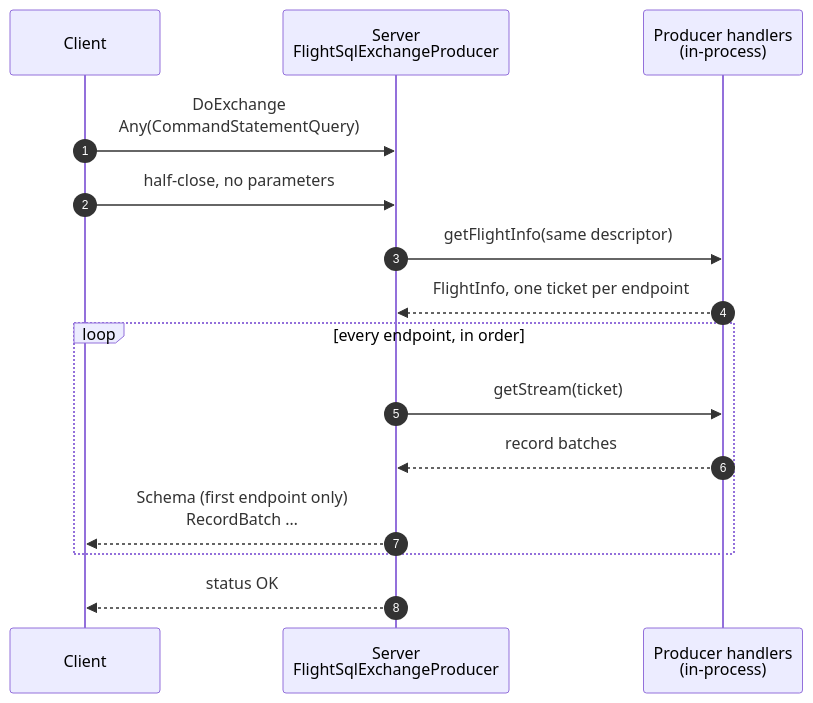
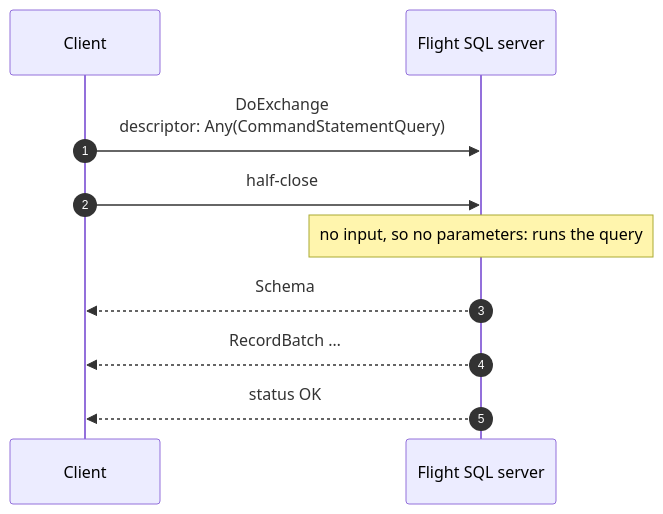
The second of 11 diagrams in flight/flight-sql/flight-sql-over-doexchange.md (xborder/arrow-java), drawn with Mermaid before and after one commit. The commit also changed other lines of this file, not shown here.

First line of the commit message:
[FlightSQL] Rework the DoExchange notes into a protocol proposal

````diff
--- a/flight/flight-sql/flight-sql-over-doexchange.md
+++ b/flight/flight-sql/flight-sql-over-doexchange.md
@@ -181,17 +287,12 @@
 ```mermaid
 sequenceDiagram
     autonumber
     participant C as Client
-    participant S as Server<br/>FlightSqlExchangeProducer
-    participant P as Producer handlers<br/>(in-process)
-    C->>S: DoExchange<br/>Any(CommandStatementQuery)
-    C->>S: half-close, no parameters
-    S->>P: getFlightInfo(same descriptor)
-    P-->>S: FlightInfo, one ticket per endpoint
-    loop every endpoint, in order
-        S->>P: getStream(ticket)
-        P-->>S: record batches
-        S-->>C: Schema (first endpoint only)<br/>RecordBatch …
-    end
+    participant S as Flight SQL server
+    C->>S: DoExchange<br/>descriptor: Any(CommandStatementQuery)
+    C->>S: half-close
+    Note over S: no input, so no parameters: runs the query
+    S-->>C: Schema
+    S-->>C: RecordBatch …
     S-->>C: status OK
 ```
````
